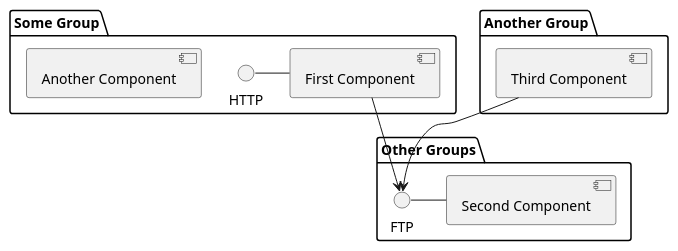
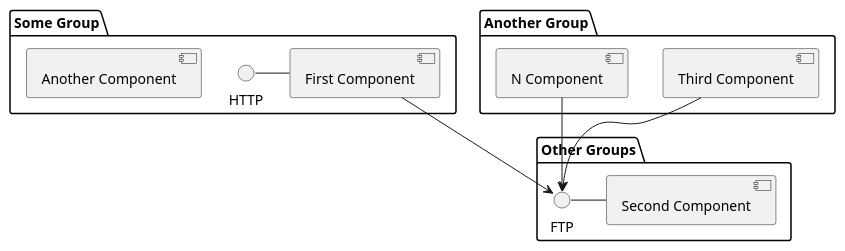
The diagram in test.puml (pcoliveirax/diagrams), drawn with PlantUML before and after one commit.

```diff
--- a/test.puml
+++ b/test.puml
@@ -1,19 +1,20 @@
 @startuml
 
 package "Some Group" {
   HTTP - [First Component]
   [Another Component]
 }
 
 package "Other Groups" {
   FTP - [Second Component]
 
   [First Component] --> FTP
 
 }
 
 package "Another Group" {
   [Third Component] --> FTP
+  [N Component] --> FTP
 }
 
 @enduml
```
